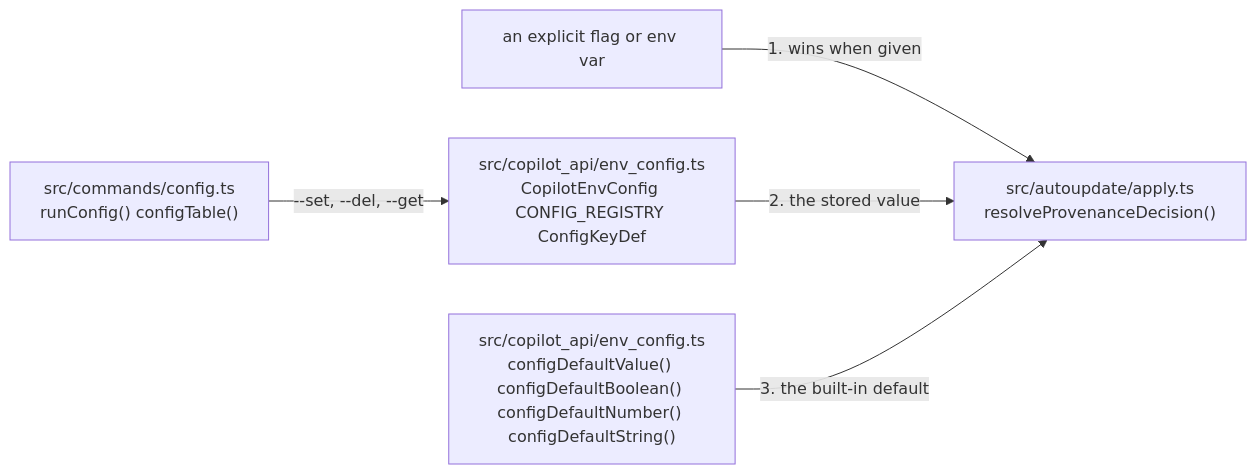
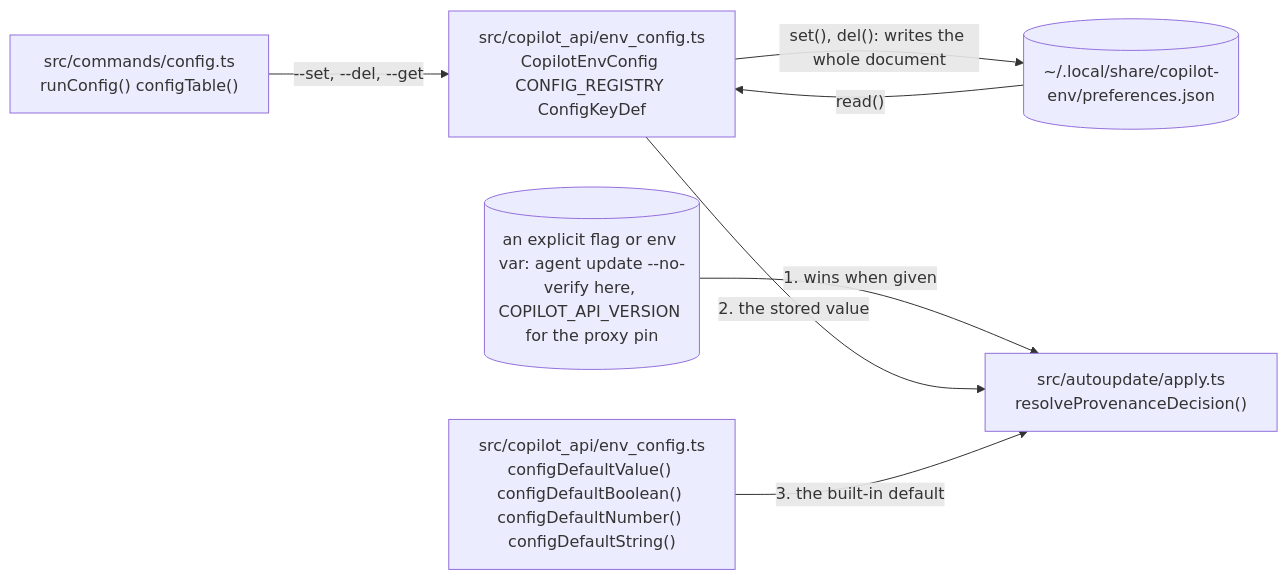
Before and after one commit to Vivswan/copilot-env: the fifth of 8 diagrams in docs/architecture.md, drawn with Mermaid. The commit also changed other lines of this file and 7 other files, not shown here.

Commit message:
docs: start every architecture diagram at what it reads and end at what it writes; group the site sidebar

````diff
--- a/docs/architecture.md
+++ b/docs/architecture.md
@@ -100,12 +145,15 @@
 ```mermaid
 flowchart LR
+  flag[("an explicit flag or env var: agent update --no-verify here, COPILOT_API_VERSION for the proxy pin")]
   cmd["src/commands/config.ts<br>runConfig() configTable()"]
-  flag["an explicit flag or env var"]
+  prefs[("~/.local/share/copilot-env/preferences.json")]
   store["src/copilot_api/env_config.ts<br>CopilotEnvConfig CONFIG_REGISTRY ConfigKeyDef"]
   dflt["src/copilot_api/env_config.ts<br>configDefaultValue() configDefaultBoolean() configDefaultNumber() configDefaultString()"]
   site["src/autoupdate/apply.ts<br>resolveProvenanceDecision()"]
   cmd -->|"--set, --del, --get"| store
+  store -->|"set(), del(): writes the whole document"| prefs
+  prefs -->|"read()"| store
   flag -->|"1. wins when given"| site
   store -->|"2. the stored value"| site
   dflt -->|"3. the built-in default"| site
 ```
````
